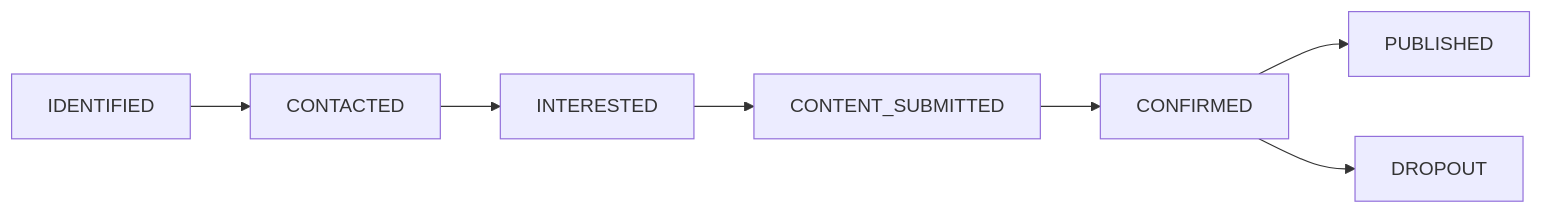
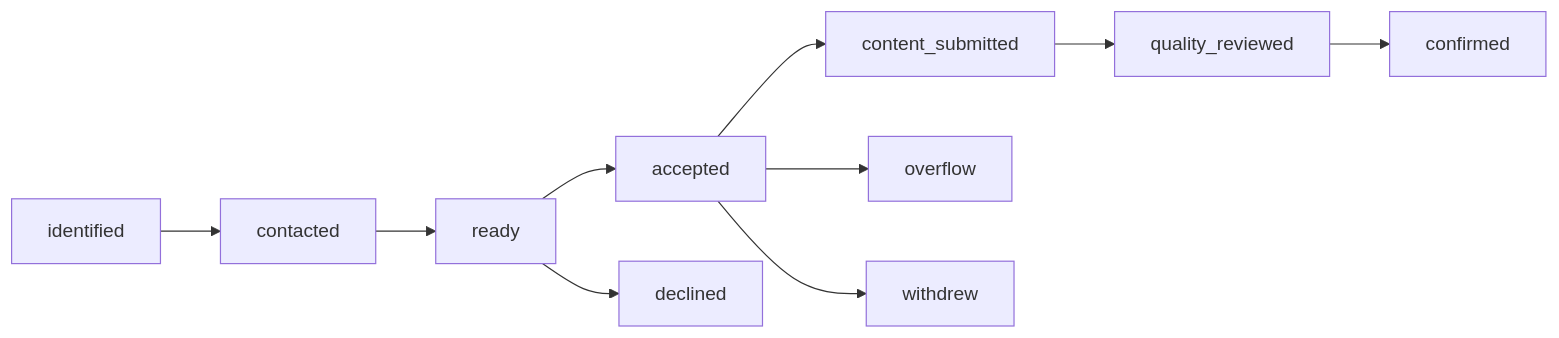
One commit to nissimbuchs/BATbern2 changed the diagram in docs/user-guide/entity-management/speakers.md. Above: the diagram before and after it, drawn with Mermaid. The commit also changed other lines of this file and 22 other files, not shown here.

First line of the commit message:
docs(user-guide): correct workflow architecture from 16-step to 3-system model

````diff
--- a/docs/user-guide/entity-management/speakers.md
+++ b/docs/user-guide/entity-management/speakers.md
@@ -97,9 +99,12 @@
 ```mermaid
 graph LR
-    A[IDENTIFIED] --> B[CONTACTED]
-    B --> C[INTERESTED]
-    C --> D[CONTENT_SUBMITTED]
-    D --> E[CONFIRMED]
-    E --> F[PUBLISHED]
-    E --> G[DROPOUT]
+    A[identified] --> B[contacted]
+    B --> C[ready]
+    C --> D[accepted]
+    C --> E[declined]
+    D --> F[content_submitted]
+    F --> G[quality_reviewed]
+    G --> H[confirmed]
+    D --> I[overflow]
+    D --> J[withdrew]
 ```
````
